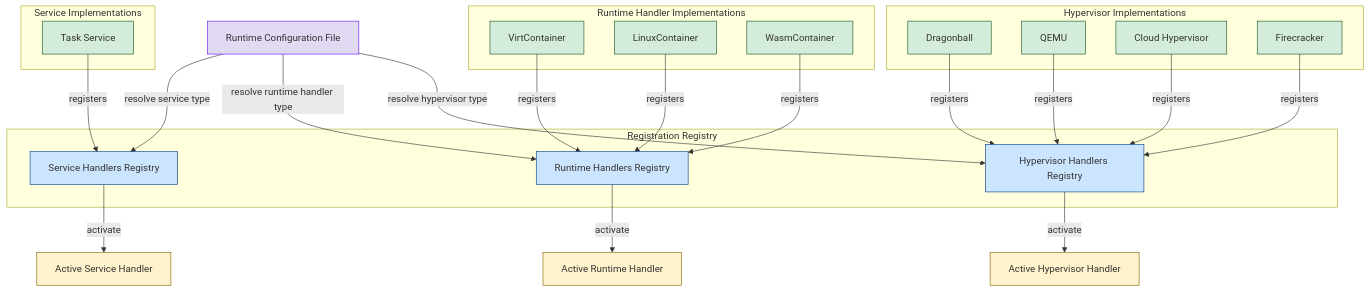
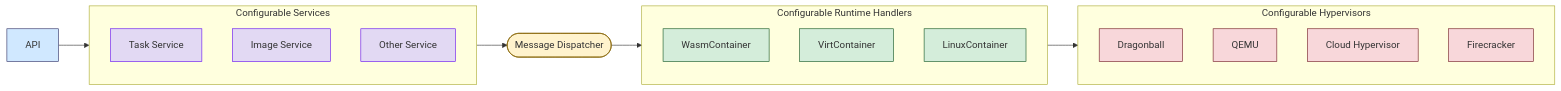
The fifth of 6 diagrams in docs/design/architecture_4.0/README.md (Apokleos/kata-containers), drawn with Mermaid before and after one commit. The commit also changed other lines of this file, not shown here.

Commit message:
docs: simplify Extensible Framework and Modular Resource Manager mermaid diagrams
Extensible Framework:
- Replace verbose TD registry/registers/activate flow with a clean LR
  pipeline: API → Configurable Services → Message Dispatcher →
  Configurable Runtime Handlers → Configurable Hypervisors
- Matches the structure shown in images/framework.png

Modular Resource Manager:
- Replace flat 5-subgraph TD layout with an LR graph split into
  Sandbox Resources (Network Entity, Shared FS) and Container
  Resources (Rootfs, Cgroup, Volume)
- Add concrete sub-types from the codebase: endpoints (veth/physical),
  network models (tcfilter/route), inline/standalone virtiofs,
  block/virtiofs/nydus rootfs, cgroup v1/v2, and volume types
  (sharefs/shm/local/ephemeral/direct/block)
- Matches the structure shown in images/resourceManager.png

Agent-Logs-Url: https://github.com/Apokleos/kata-containers/sessions/141a78e9-1667-4384-b519-67c9e5dec351

````diff
--- a/docs/design/architecture_4.0/README.md
+++ b/docs/design/architecture_4.0/README.md
@@ -261,53 +261,41 @@
 ```mermaid
-graph TD
-    Config["Runtime Configuration File"]
+graph LR
+    API["API"]
 
-    subgraph Registry["Registration Registry"]
-        SvcRegistry["Service Handlers Registry"]
-        RuntimeRegistry["Runtime Handlers Registry"]
-        HVRegistry["Hypervisor Handlers Registry"]
+    subgraph Services["Configurable Services"]
+        TaskSvc["Task Service"]
+        ImageSvc["Image Service"]
+        OtherSvc["Other Service"]
     end
 
-    subgraph ServiceImpls["Service Implementations"]
-        TaskServiceImpl["Task Service"]
+    Msg(["Message Dispatcher"])
+
+    subgraph Handlers["Configurable Runtime Handlers"]
+        WasmC["WasmContainer"]
+        VirtC["VirtContainer"]
+        LinuxC["LinuxContainer"]
     end
 
-    subgraph RuntimeImpls["Runtime Handler Implementations"]
-        VirtContainerImpl["VirtContainer"]
-        LinuxContainerImpl["LinuxContainer"]
-        WasmContainerImpl["WasmContainer"]
+    subgraph HVs["Configurable Hypervisors"]
+        DB["Dragonball"]
+        QEMU["QEMU"]
+        CH["Cloud Hypervisor"]
+        FC["Firecracker"]
     end
 
-    subgraph HypervisorImpls["Hypervisor Implementations"]
-        DragonballImpl["Dragonball"]
-        QemuImpl["QEMU"]
-        CloudHVImpl["Cloud Hypervisor"]
-        FirecrackerImpl["Firecracker"]
-    end
+    API --> Services
+    Services --> Msg
+    Msg --> Handlers
+    Handlers --> HVs
 
-    Config -->|"resolve service type"| SvcRegistry
-    Config -->|"resolve runtime handler type"| RuntimeRegistry
-    Config -->|"resolve hypervisor type"| HVRegistry
-
-    TaskServiceImpl -->|"registers"| SvcRegistry
-    VirtContainerImpl -->|"registers"| RuntimeRegistry
-    LinuxContainerImpl -->|"registers"| RuntimeRegistry
-    WasmContainerImpl -->|"registers"| RuntimeRegistry
-    DragonballImpl -->|"registers"| HVRegistry
-    QemuImpl -->|"registers"| HVRegistry
-    CloudHVImpl -->|"registers"| HVRegistry
-    FirecrackerImpl -->|"registers"| HVRegistry
-
-    SvcRegistry -->|"activate"| ActiveSvc["Active Service Handler"]
-    RuntimeRegistry -->|"activate"| ActiveRuntime["Active Runtime Handler"]
-    HVRegistry -->|"activate"| ActiveHV["Active Hypervisor Handler"]
-
-    classDef config fill:#e2d9f3,stroke:#6610f2,stroke-width:1px
-    classDef registry fill:#cce5ff,stroke:#004085,stroke-width:1px
-    classDef impl fill:#d4edda,stroke:#155724,stroke-width:1px
-    classDef active fill:#fff3cd,stroke:#856404,stroke-width:1px
-    class Config config
-    class SvcRegistry,RuntimeRegistry,HVRegistry registry
-    class TaskServiceImpl,VirtContainerImpl,LinuxContainerImpl,WasmContainerImpl,DragonballImpl,QemuImpl,CloudHVImpl,FirecrackerImpl impl
-    class ActiveSvc,ActiveRuntime,ActiveHV active
+    classDef api fill:#d0e8ff,stroke:#336,stroke-width:1px
+    classDef svc fill:#e2d9f3,stroke:#6610f2,stroke-width:1px
+    classDef msg fill:#fff3cd,stroke:#856404,stroke-width:1px
+    classDef handler fill:#d4edda,stroke:#155724,stroke-width:1px
+    classDef hv fill:#f8d7da,stroke:#721c24,stroke-width:1px
+    class API api
+    class TaskSvc,ImageSvc,OtherSvc svc
+    class Msg msg
+    class WasmC,VirtC,LinuxC handler
+    class DB,QEMU,CH,FC hv
 ```
````
